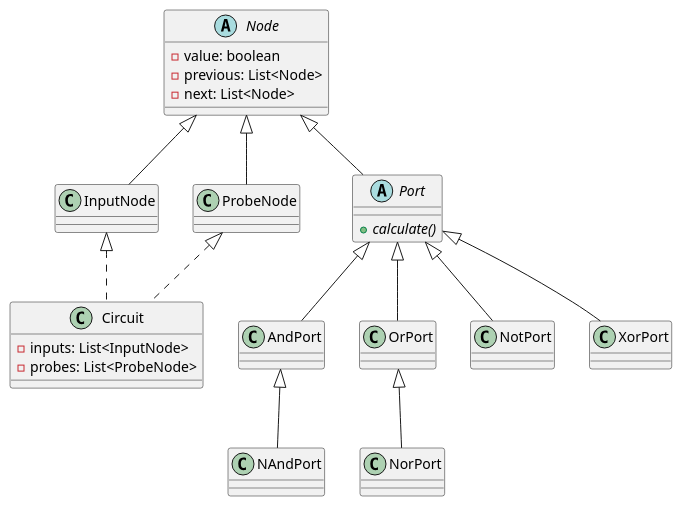
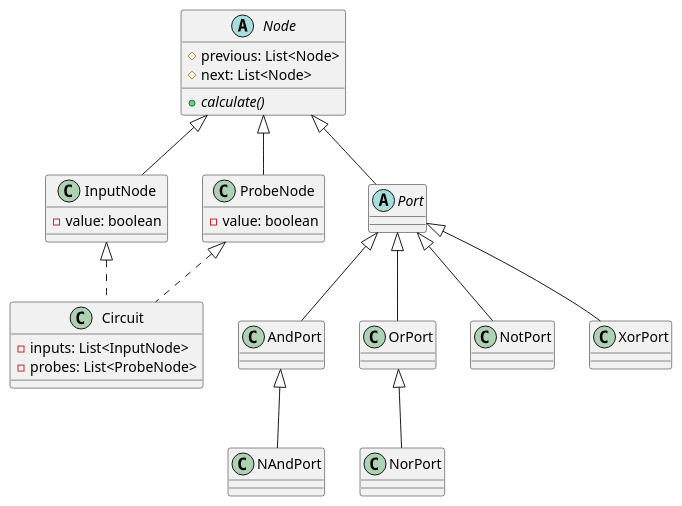
The diagram in docs/diagrams/dkd.puml (stevenliebregt/avans-dp1-sirkwie), drawn with PlantUML before and after one commit.

```diff
--- a/docs/diagrams/dkd.puml
+++ b/docs/diagrams/dkd.puml
@@ -1,54 +1,56 @@
 @startuml
 ' Nodes
 abstract class Node {
-    -value: boolean
-    -previous: List<Node>
-    -next: List<Node>
+    #previous: List<Node>
+    #next: List<Node>
+
+    +{abstract} calculate()
 }
 
 class InputNode {
+    -value: boolean
 }
 Node <|-- InputNode
 
 class ProbeNode {
+    -value: boolean
 }
 Node <|-- ProbeNode
 
 ' Ports
 abstract class Port {
-    +{abstract} calculate()
 }
 Node <|-- Port
 
 class AndPort {
 }
 Port <|-- AndPort
 
 class NAndPort {
 }
 AndPort <|-- NAndPort
 
 class OrPort {
 }
 Port <|-- OrPort
 
 class NorPort {
 }
 OrPort <|-- NorPort
 
 class NotPort {
 }
 Port <|-- NotPort
 
 class XorPort {
 }
 Port <|-- XorPort
 
 ' Circuit
 class Circuit {
     -inputs: List<InputNode>
     -probes: List<ProbeNode>
 }
 InputNode <|.. Circuit
 ProbeNode <|.. Circuit
 @enduml
```
